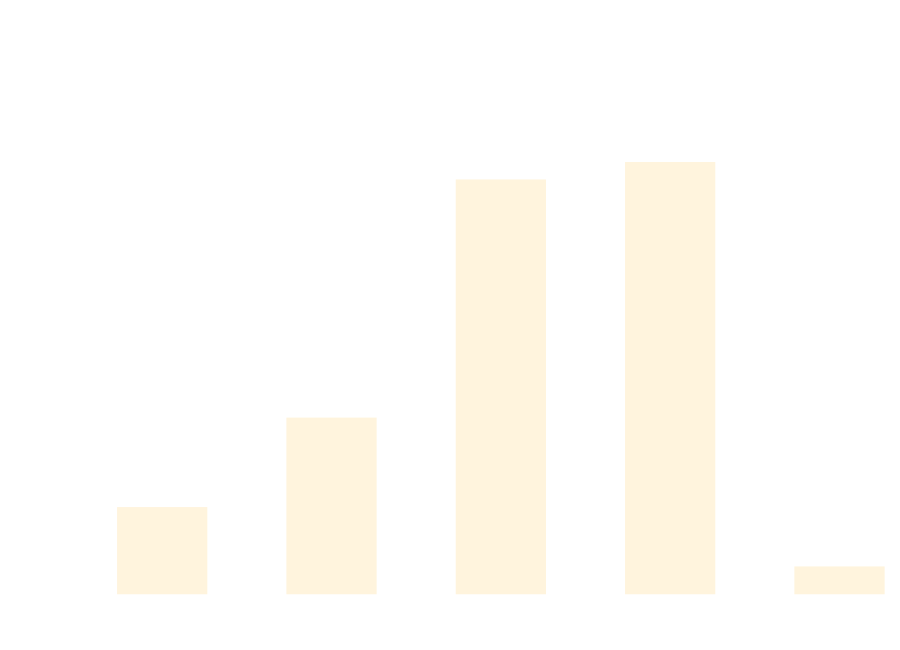
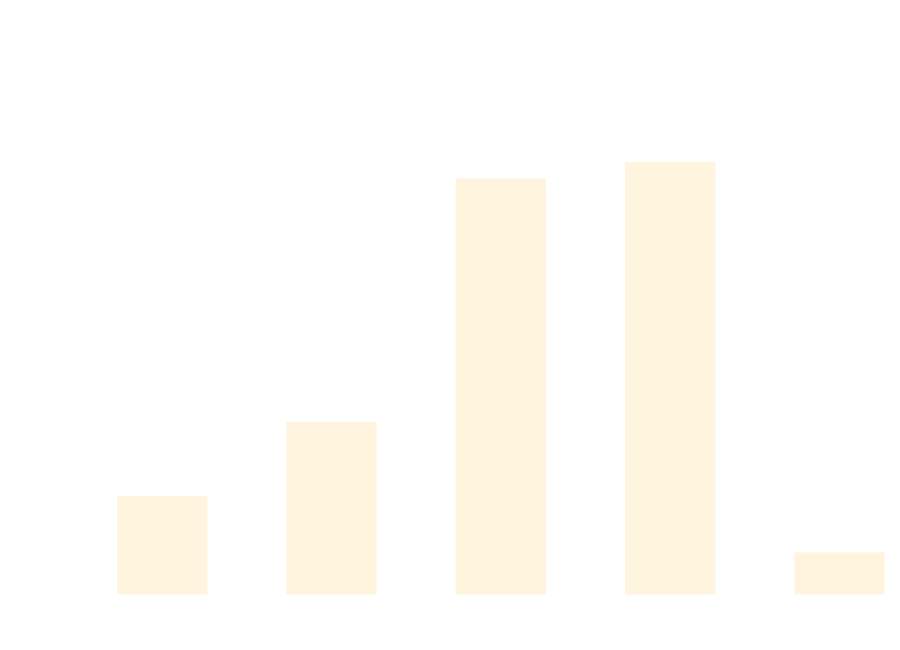
The diagram in docs/docs/benchmarks/MassiveParallelTests.md (thomhurst/TUnit), drawn with Mermaid before and after one commit. The commit also changed other lines of this file and 17 other files, not shown here.

````diff
--- a/docs/docs/benchmarks/MassiveParallelTests.md
+++ b/docs/docs/benchmarks/MassiveParallelTests.md
@@ -27,37 +27,37 @@
 ```mermaid
 %%{init: {
   'theme':'base',
   'themeVariables': {
     'primaryColor': '#2563eb',
     'primaryTextColor': '#ffffff',
     'primaryBorderColor': '#1e40af',
     'lineColor': '#6b7280',
     'secondaryColor': '#7c3aed',
     'tertiaryColor': '#dc2626',
     'background': '#ffffff',
     'mainBkg': '#2563eb',
     'secondBkg': '#7c3aed',
     'tertiaryBkg': '#dc2626',
     'clusterBkg': '#f3f4f6',
     'edgeLabelBackground': '#ffffff',
     'tertiaryTextColor': '#1f2937',
     'pie1': '#2563eb',
     'pie2': '#7c3aed',
     'pie3': '#dc2626',
     'pie4': '#f59e0b',
     'pie5': '#10b981',
     'pie6': '#06b6d4',
     'pie7': '#ec4899',
     'pie8': '#6366f1',
     'pie9': '#84cc16',
     'pie10': '#f97316',
     'pie11': '#14b8a6',
     'pie12': '#a855f7'
   }
 }}%%
 xychart-beta
   title "MassiveParallelTests Performance Comparison"
   x-axis ["TUnit", "NUnit", "MSTest", "xUnit3", "TUnit_AOT"]
-  y-axis "Time (ms)" 0 --> 3724
-  bar [564.9, 1223.2, 2974.9, 3103.3, 128.4]
+  y-axis "Time (ms)" 0 --> 3672
+  bar [637.6, 1174.1, 2939.1, 3059.6, 227.8]
 ```
````
